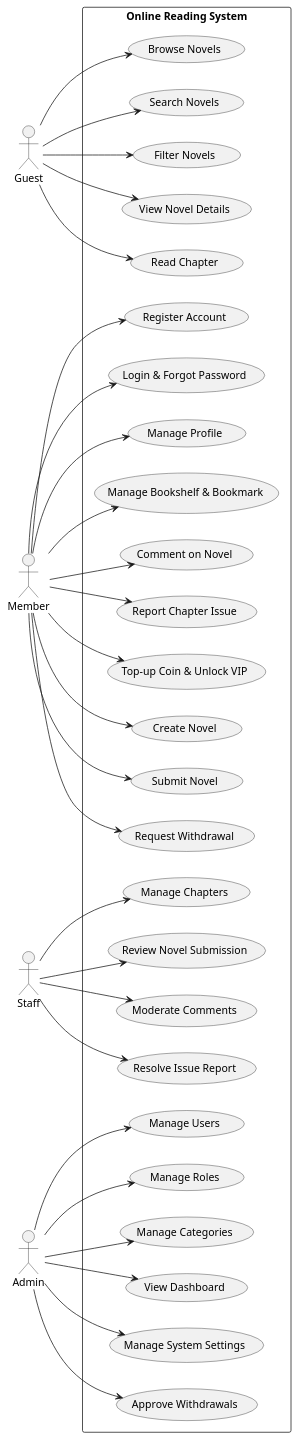
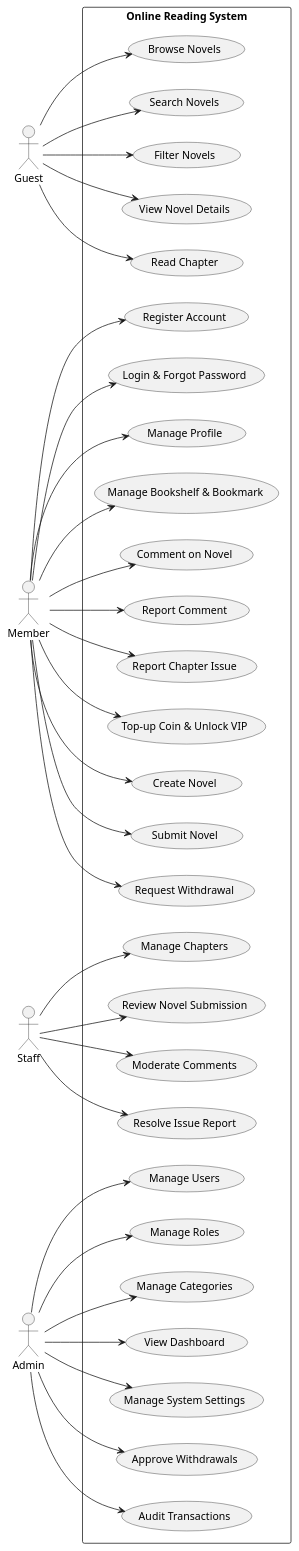
Before and after one commit to Phuoctai228/tram-truyen: the diagram in docs/Plan/SWP391 Project Specification – Trạm Truyện.md, drawn with PlantUML. The commit also changed other lines of this file and 4 other files, not shown here.

Commit message:
feat: initialize database schema and project documentation for tram-truyen system

````diff
--- a/docs/Plan/SWP391 Project Specification – Trạm Truyện.md
+++ b/docs/Plan/SWP391 Project Specification – Trạm Truyện.md
@@ -528,73 +536,77 @@
 ```plantuml
 @startuml
 
 left to right direction
 
 actor Guest
 actor Member
 actor Staff
 actor Admin
 
 rectangle "Online Reading System" {
 
   usecase "Browse Novels" as UC01
   usecase "Search Novels" as UC02
   usecase "Filter Novels" as UC03
   usecase "View Novel Details" as UC04
   usecase "Read Chapter" as UC05
 
   usecase "Register Account" as UC06
   usecase "Login & Forgot Password" as UC07
   usecase "Manage Profile" as UC08
   usecase "Manage Bookshelf & Bookmark" as UC09
   usecase "Comment on Novel" as UC10
+  usecase "Report Comment" as UC10b
   usecase "Report Chapter Issue" as UC11
   usecase "Top-up Coin & Unlock VIP" as UC12
   usecase "Create Novel" as UC13
   usecase "Submit Novel" as UC14
   usecase "Request Withdrawal" as UC14c
 
   usecase "Manage Chapters" as UC15
   usecase "Review Novel Submission" as UC16
   usecase "Moderate Comments" as UC17
   usecase "Resolve Issue Report" as UC18
 
   usecase "Manage Users" as UC19
   usecase "Manage Roles" as UC20
   usecase "Manage Categories" as UC21
   usecase "View Dashboard" as UC22
   usecase "Manage System Settings" as UC23
   usecase "Approve Withdrawals" as UC24
+  usecase "Audit Transactions" as UC25
 }
 
 Guest --> UC01
 Guest --> UC02
 Guest --> UC03
 Guest --> UC04
 Guest --> UC05
 
 Member --> UC06
 Member --> UC07
 Member --> UC08
 Member --> UC09
 Member --> UC10
+Member --> UC10b
 Member --> UC11
 Member --> UC12
 Member --> UC13
 Member --> UC14
 Member --> UC14c
 
 Staff --> UC15
 Staff --> UC16
 Staff --> UC17
 Staff --> UC18
 
 Admin --> UC19
 Admin --> UC20
 Admin --> UC21
 Admin --> UC22
 Admin --> UC23
 Admin --> UC24
+Admin --> UC25
 
 @enduml
 ```
````
